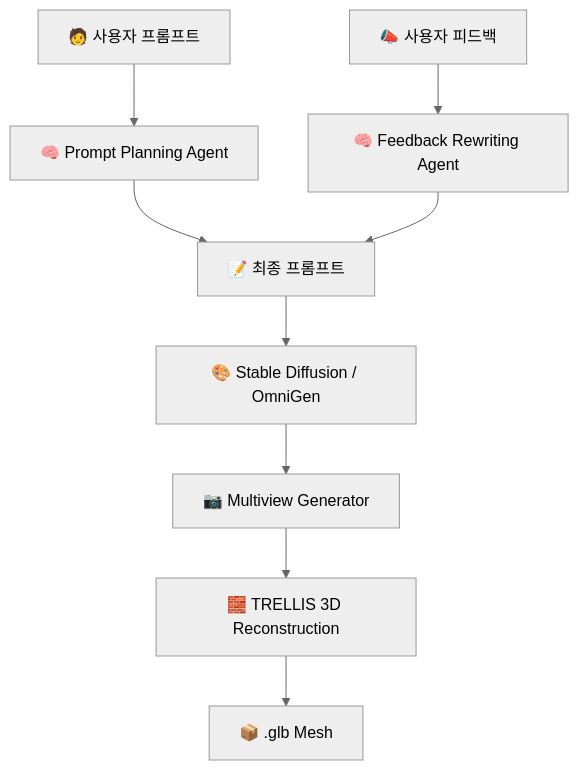
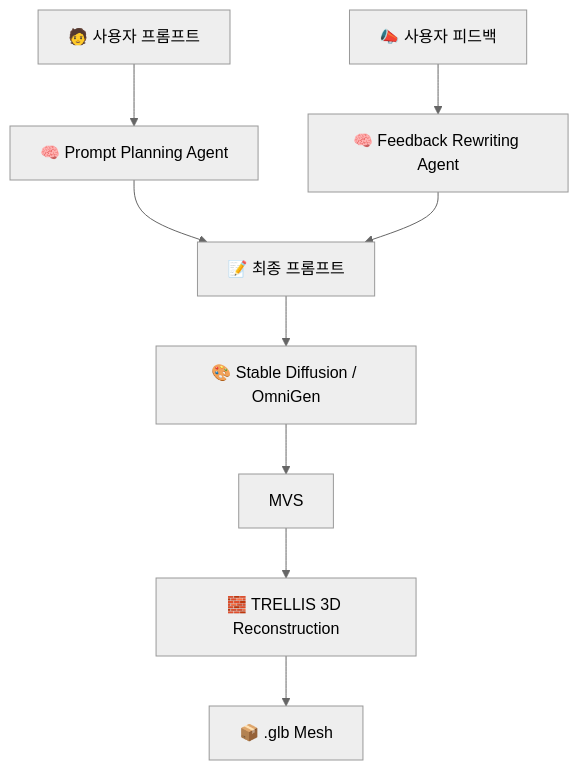
One commit to ShByeon3968/Diffusion-Tool changed the diagram in README.md. Above: the diagram before and after it, drawn with Mermaid (neutral theme).

````diff
--- a/README.md
+++ b/README.md
@@ -40,16 +40,15 @@
 ```mermaid
 flowchart TD
     UserPrompt["🧑 사용자 프롬프트"]
     PromptAgent["🧠 Prompt Planning Agent"]
     Feedback["📣 사용자 피드백"]
     Rewriter["🧠 Feedback Rewriting Agent"]
     FinalPrompt["📝 최종 프롬프트"]
     DiffGen["🎨 Stable Diffusion / OmniGen"]
-    MVS["📷 Multiview Generator"]
     TRELLIS["🧱 TRELLIS 3D Reconstruction"]
     GLB["📦 .glb Mesh"]
 
     UserPrompt --> PromptAgent --> FinalPrompt
     Feedback --> Rewriter --> FinalPrompt
     FinalPrompt --> DiffGen --> MVS --> TRELLIS --> GLB
 ```
````
